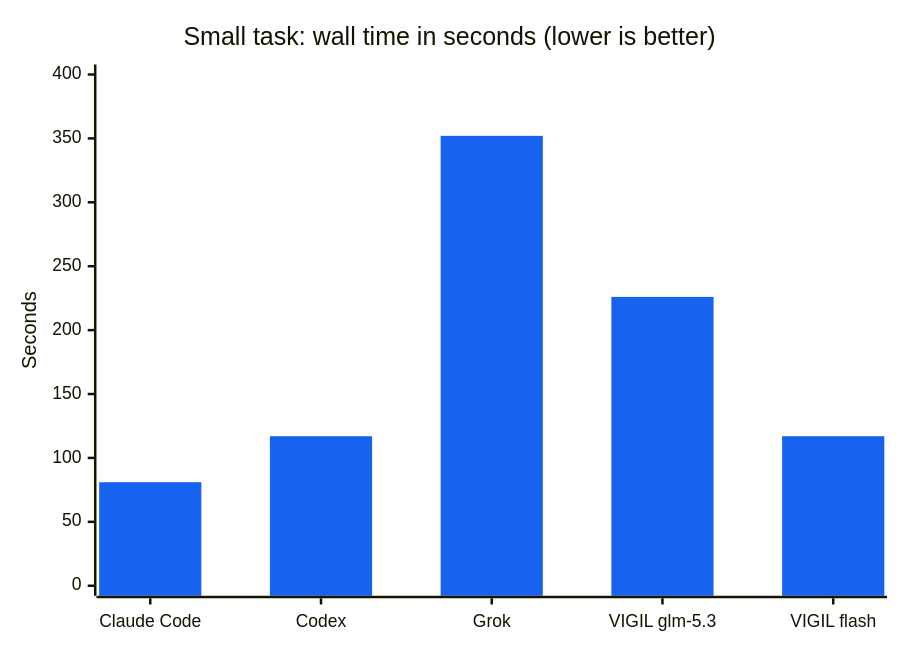
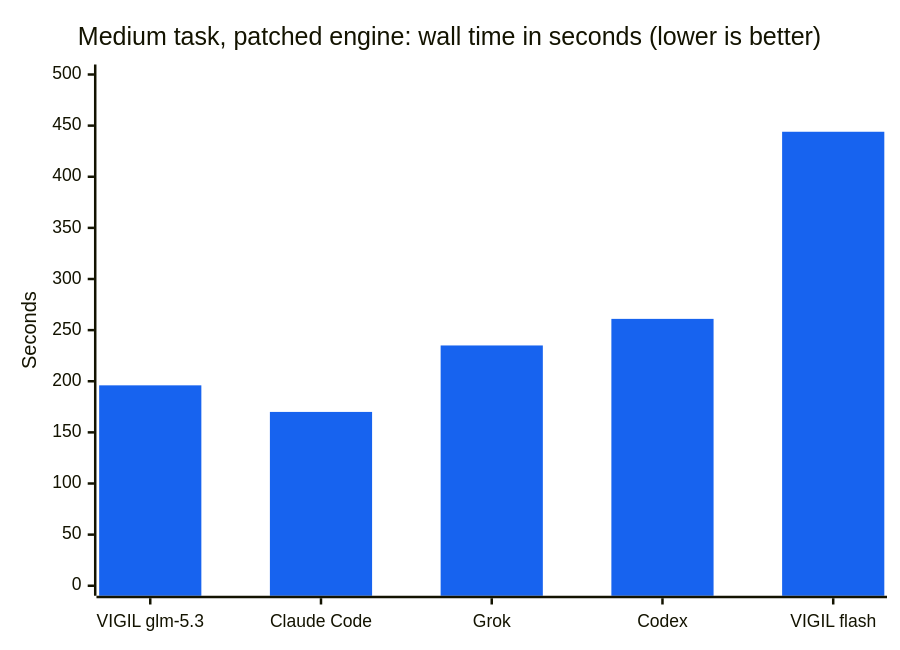
One commit to BradHeff/VIGIL-GLM-Reports changed the first of 2 diagrams in README.md. Above: the diagram before and after it, drawn with Mermaid. The commit also changed other lines of this file, not shown here.

First line of the commit message:
Replace the findings screenshot with styled ranking tables and refresh for the patched benchmark

````diff
--- a/README.md
+++ b/README.md
@@ -60,8 +108,8 @@
 ```mermaid
 %%{init: {"themeVariables": {"xyChart": {"plotColorPalette": "#1763ef"}}}}%%
 xychart-beta
-    title "Small task: wall time in seconds (lower is better)"
-    x-axis ["Claude Code", "Codex", "Grok", "VIGIL glm-5.3", "VIGIL flash"]
-    y-axis "Seconds" 0 --> 400
-    bar [81, 117, 352, 226, 117]
+    title "Medium task, patched engine: wall time in seconds (lower is better)"
+    x-axis ["VIGIL glm-5.3", "Claude Code", "Grok", "Codex", "VIGIL flash"]
+    y-axis "Seconds" 0 --> 500
+    bar [196, 170, 235, 261, 444]
 ```
````
